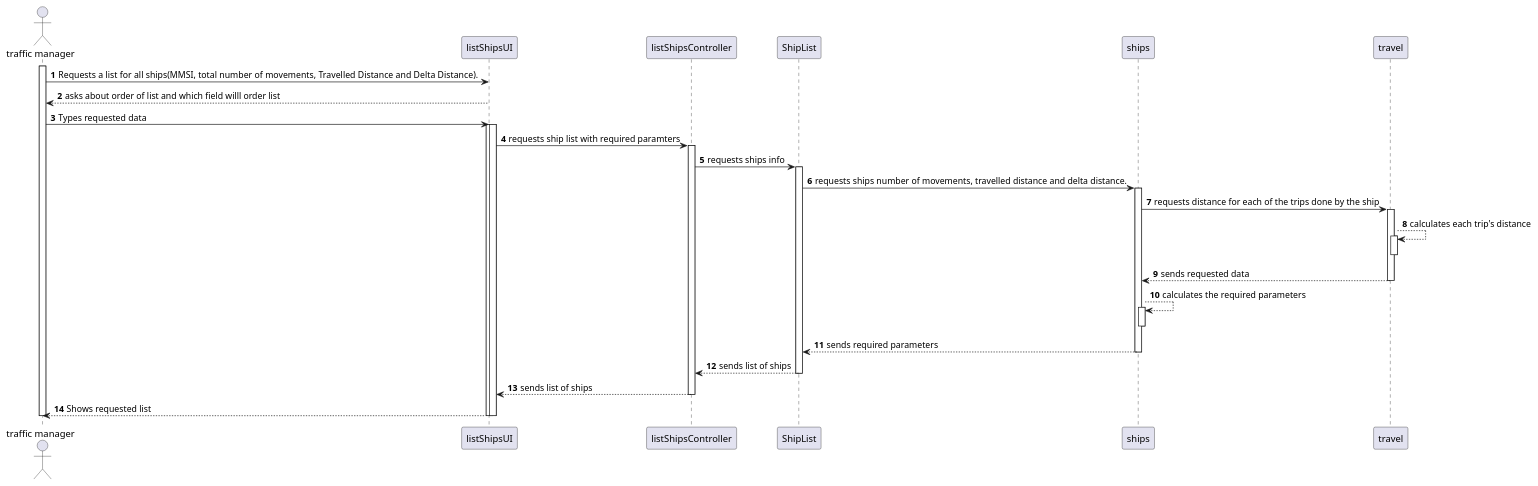
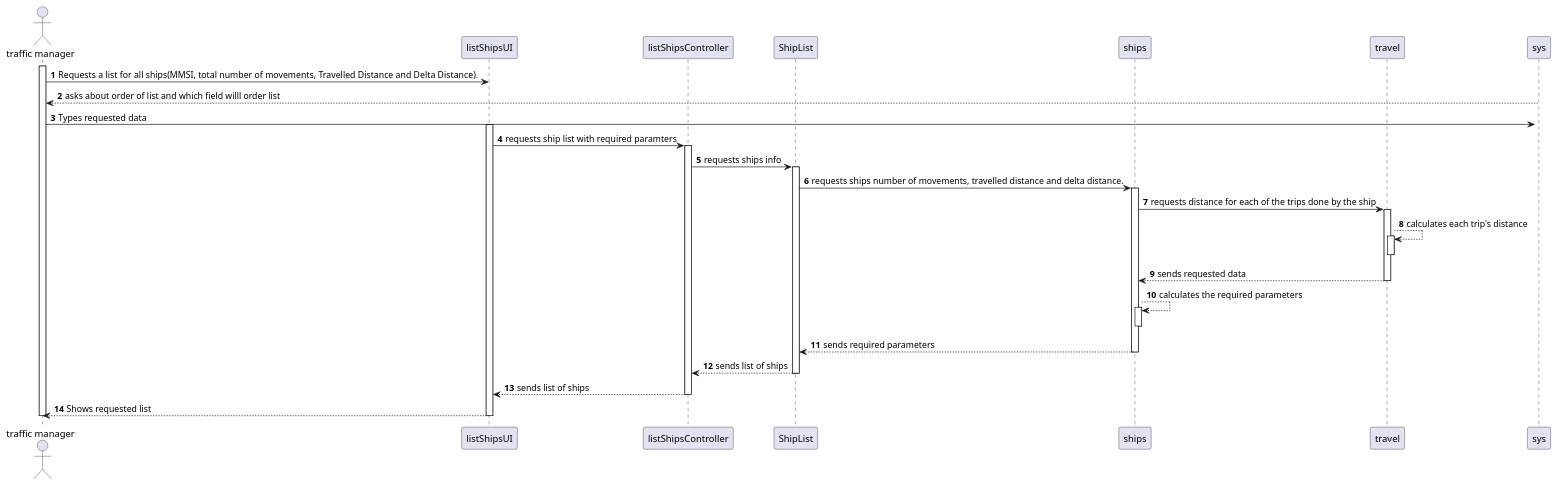
Before and after one commit to mpoboas/lapr3-2021-g102: the diagram in docs/Sprint1/US105/SD.puml, drawn with PlantUML. The commit also changed 1 other file, not shown here.

```diff
--- a/docs/Sprint1/US105/SD.puml
+++ b/docs/Sprint1/US105/SD.puml
@@ -1,41 +1,41 @@
 @startuml
 actor "traffic manager" as actor
 participant  listShipsUI as UI
 participant listShipsController as Controller
 participant ShipList as sl
 participant ships as s
 participant travel as t
 autonumber
 activate actor
 actor -> UI : Requests  a list for all ships(MMSI, total number of movements, Travelled Distance and Delta Distance).
-UI --> actor : asks about order of list and which field willl order list
-deactivate UI
-actor ->UI : Types requested data
-activate UI
+sys --> actor : asks about order of list and which field willl order list
+deactivate sys
+actor ->sys : Types requested data
+activate sys
 activate UI
 UI -> Controller : requests ship list with required paramters
 activate Controller
 Controller -> sl : requests ships info
 activate sl
 sl -> s :requests ships number of movements, travelled distance and delta distance.
 activate s
 s -> t : requests distance for each of the trips done by the ship
 activate t
 t --> t : calculates each trip's distance
 activate t
 deactivate t
 t --> s: sends requested data
 deactivate t
 s --> s :calculates the required parameters
 activate s
 deactivate s
 s --> sl : sends required parameters
 deactivate s
 sl --> Controller : sends list of ships
 deactivate sl
 Controller --> UI : sends list of ships
 deactivate Controller
 UI --> actor : Shows requested list
 deactivate UI
 deactivate actor
 @enduml
```
